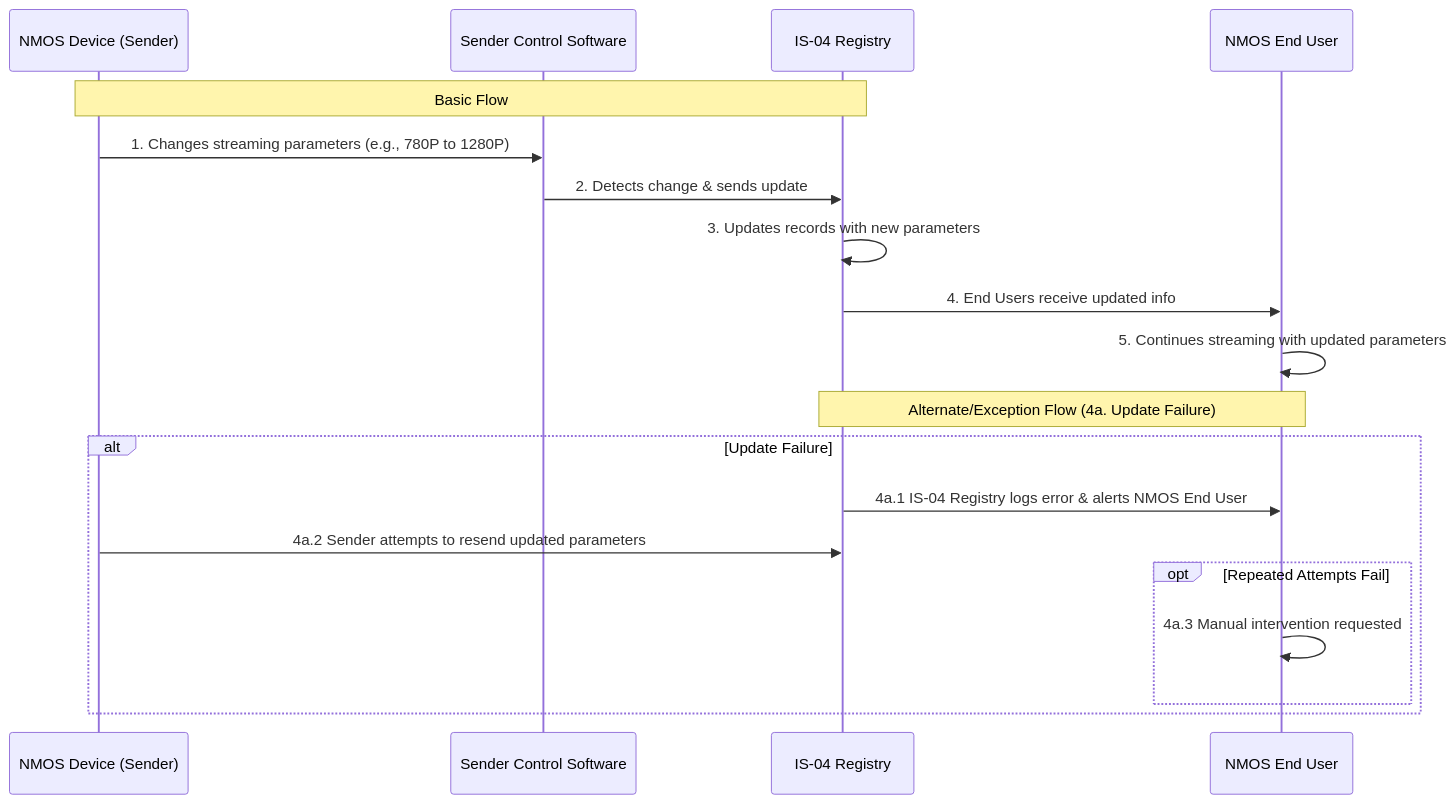
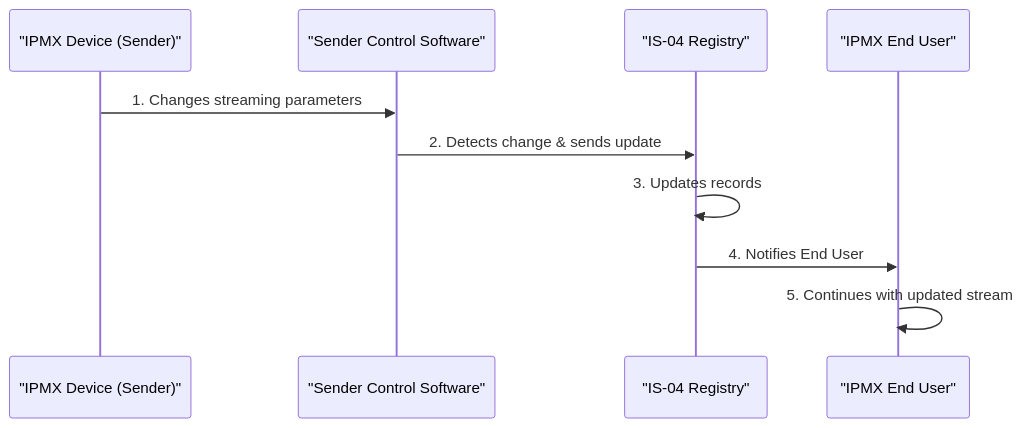
Before and after one commit to rbgodwin-nt/amwa-requirements-tracking: the diagram in IPMX/ProductionWorkflowEnhancement/ResourceManagement/UseCases/DynamicUpdateOfConnectionParameters.md, drawn with Mermaid. The commit also changed other lines of this file, not shown here.

First line of the commit message:
Update DynamicUpdateOfConnectionParameters.md

````diff
--- a/IPMX/ProductionWorkflowEnhancement/ResourceManagement/UseCases/DynamicUpdateOfConnectionParameters.md
+++ b/IPMX/ProductionWorkflowEnhancement/ResourceManagement/UseCases/DynamicUpdateOfConnectionParameters.md
@@ -56,23 +55,13 @@
 ```mermaid
 sequenceDiagram
-    participant S as NMOS Device (Sender)
-    participant SC as Sender Control Software
-    participant R as IS-04 Registry
-    participant U as NMOS End User
+    participant IPMX_Device as "IPMX Device (Sender)"
+    participant Control_Software as "Sender Control Software"
+    participant IS_04_Registry as "IS-04 Registry"
+    participant End_User as "IPMX End User"
 
-    Note over S,R: Basic Flow
-    S->>SC: 1. Changes streaming parameters (e.g., 780P to 1280P)
-    SC->>R: 2. Detects change & sends update
-    R->>R: 3. Updates records with new parameters
-    R->>U: 4. End Users receive updated info
-    U->>U: 5. Continues streaming with updated parameters
-
-    Note over R,U: Alternate/Exception Flow (4a. Update Failure)
-    alt Update Failure
-        R->>U: 4a.1 IS-04 Registry logs error & alerts NMOS End User
-        S->>R: 4a.2 Sender attempts to resend updated parameters
-        opt Repeated Attempts Fail
-            U->>U: 4a.3 Manual intervention requested
-        end
-    end
+    IPMX_Device->>Control_Software: 1. Changes streaming parameters
+    Control_Software->>IS_04_Registry: 2. Detects change & sends update
+    IS_04_Registry->>IS_04_Registry: 3. Updates records
+    IS_04_Registry->>End_User: 4. Notifies End User
+    End_User->>End_User: 5. Continues with updated stream
 ```
````
